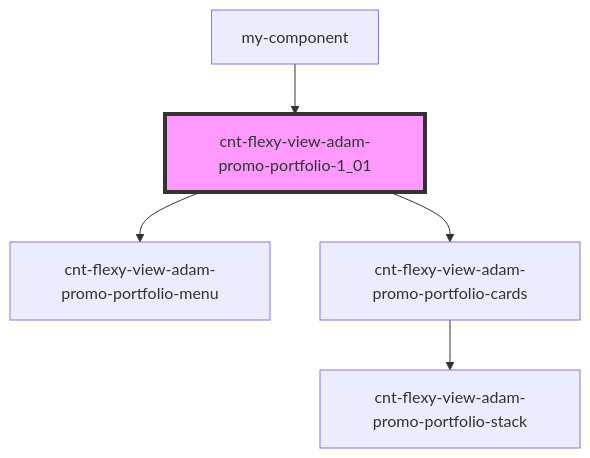
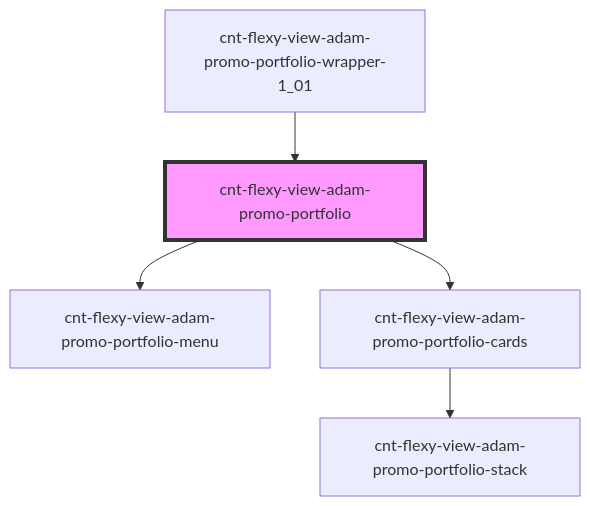
Before and after one commit to almalib/s-promo: the diagram in src/components/cnt-flexy-view-adam-promo-portfolio-wrapper/res/view/cnt-flexy-view-adam-promo-portfolio/readme.md, drawn with Mermaid. The commit also changed other lines of this file and 134 other files, not shown here.

````diff
--- a/src/components/cnt-flexy-view-adam-promo-portfolio-wrapper/res/view/cnt-flexy-view-adam-promo-portfolio/readme.md
+++ b/src/components/cnt-flexy-view-adam-promo-portfolio-wrapper/res/view/cnt-flexy-view-adam-promo-portfolio/readme.md
@@ -27,8 +27,8 @@
 ```mermaid
 graph TD;
-  cnt-flexy-view-adam-promo-portfolio-1_01 --> cnt-flexy-view-adam-promo-portfolio-menu
-  cnt-flexy-view-adam-promo-portfolio-1_01 --> cnt-flexy-view-adam-promo-portfolio-cards
+  cnt-flexy-view-adam-promo-portfolio --> cnt-flexy-view-adam-promo-portfolio-menu
+  cnt-flexy-view-adam-promo-portfolio --> cnt-flexy-view-adam-promo-portfolio-cards
   cnt-flexy-view-adam-promo-portfolio-cards --> cnt-flexy-view-adam-promo-portfolio-stack
-  my-component --> cnt-flexy-view-adam-promo-portfolio-1_01
-  style cnt-flexy-view-adam-promo-portfolio-1_01 fill:#f9f,stroke:#333,stroke-width:4px
+  cnt-flexy-view-adam-promo-portfolio-wrapper-1_01 --> cnt-flexy-view-adam-promo-portfolio
+  style cnt-flexy-view-adam-promo-portfolio fill:#f9f,stroke:#333,stroke-width:4px
 ```
````
